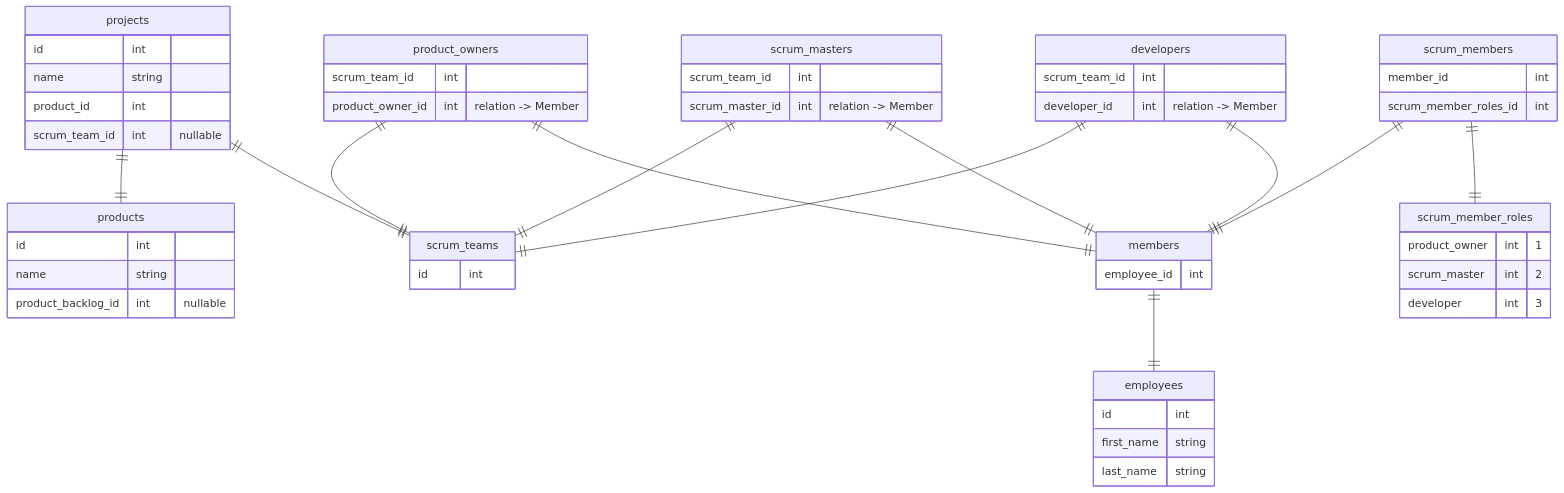
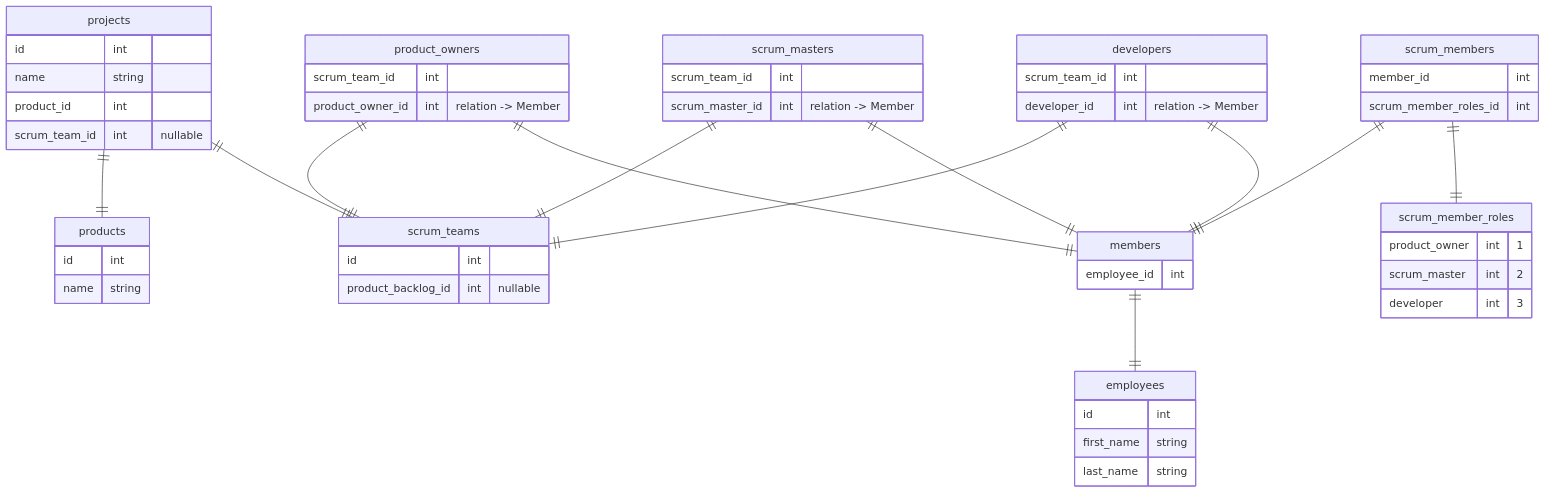
Before and after one commit to KushibikiMashu/scrum: the diagram in packages/core/doc/data-model.md, drawn with Mermaid. The commit also changed 2 other files, not shown here.

Commit message:
feat: er 図を ts の schema にする

````diff
--- a/packages/core/doc/data-model.md
+++ b/packages/core/doc/data-model.md
@@ -1,73 +1,73 @@
 ```mermaid
 %% https://qiita.com/ramuneru/items/32fbf3032b625f71b69d
 %% 関係性は今は適当に書いてる
 
 erDiagram
     products {
         id int
         name string
-        
-        product_backlog_id int "nullable"
     }
     
     projects {
         id int
         name string
 
         product_id int
         scrum_team_id int "nullable"
     }
     projects ||--|| products: ""
     projects ||--|| scrum_teams: ""
 
     employees {
         id int
         first_name string
         last_name string
     }
 
     members {
         employee_id int
         %% department id
     }
     members ||--|| employees: ""
 
     scrum_member_roles {
         product_owner int "1" 
         scrum_master int "2" 
         developer int "3" 
     }
 
     scrum_members {
         member_id int
         scrum_member_roles_id int
     }
     scrum_members ||--|| members: ""
     scrum_members ||--|| scrum_member_roles: ""
 
     scrum_teams {
         id int
+
+        product_backlog_id int "nullable"
     }
 
     product_owners {
         scrum_team_id int
         product_owner_id int "relation -> Member"
     }
     product_owners ||--|| scrum_teams : ""
     product_owners ||--|| members : ""
 
     scrum_masters {
         scrum_team_id int
         scrum_master_id int "relation -> Member"
     }
     scrum_masters ||--|| scrum_teams : ""
     scrum_masters ||--|| members : ""
 
     developers {
         scrum_team_id int
         developer_id int "relation -> Member"
     }
     developers ||--|| scrum_teams : ""
     developers ||--|| members : ""
 
 ```
````
